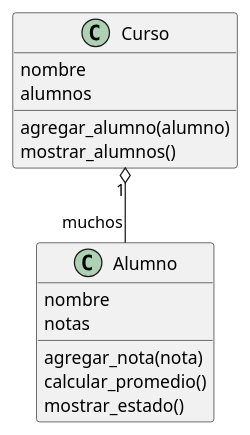
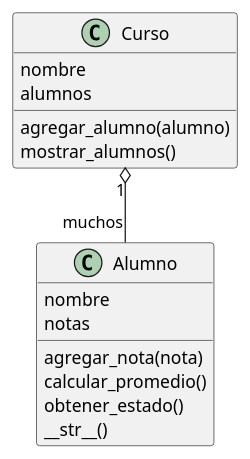
One commit to GiorgioCode/python-consultor-ia-digitalers changed the fifth of 5 diagrams in guias/11c_poo_basica.md. Above: the diagram before and after it, drawn with PlantUML. The commit also changed other lines of this file and 6 other files, not shown here.

````diff
--- a/guias/11c_poo_basica.md
+++ b/guias/11c_poo_basica.md
@@ -380,20 +916,21 @@
 ```plantuml
 @startuml
 class Alumno {
   nombre
   notas
   agregar_nota(nota)
   calcular_promedio()
-  mostrar_estado()
+  obtener_estado()
+  __str__()
 }
 
 class Curso {
   nombre
   alumnos
   agregar_alumno(alumno)
   mostrar_alumnos()
 }
 
 Curso "1" o-- "muchos" Alumno
 @enduml
 ```
````
